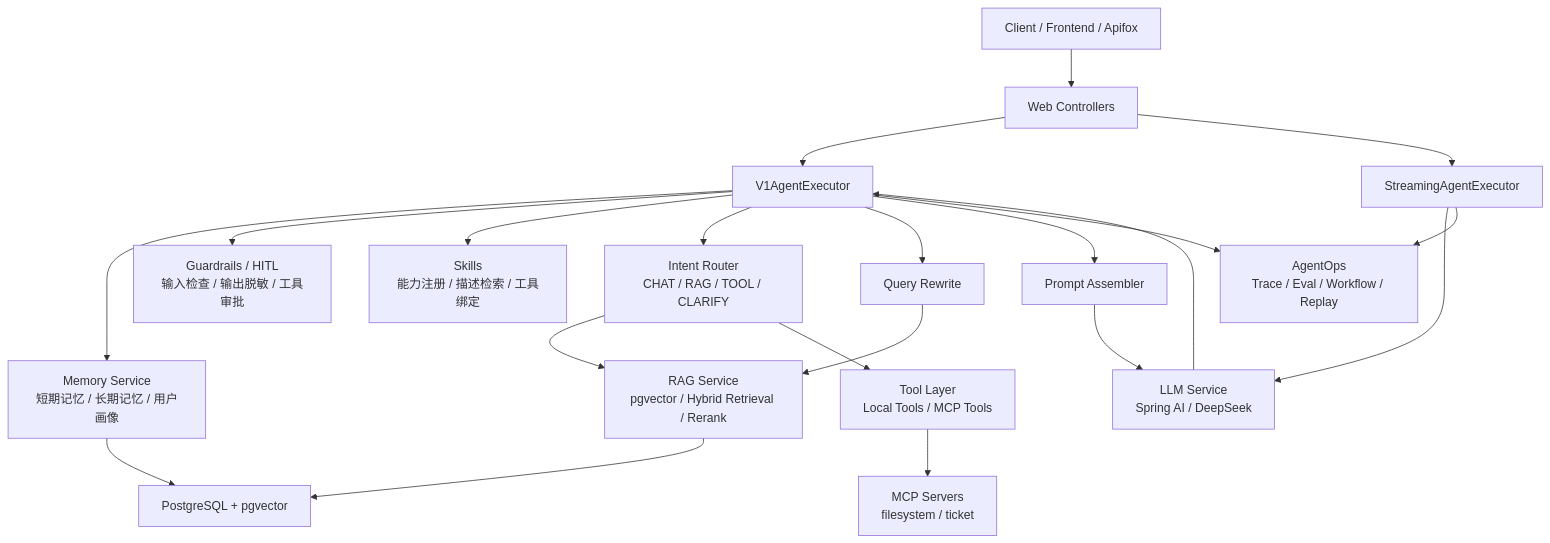
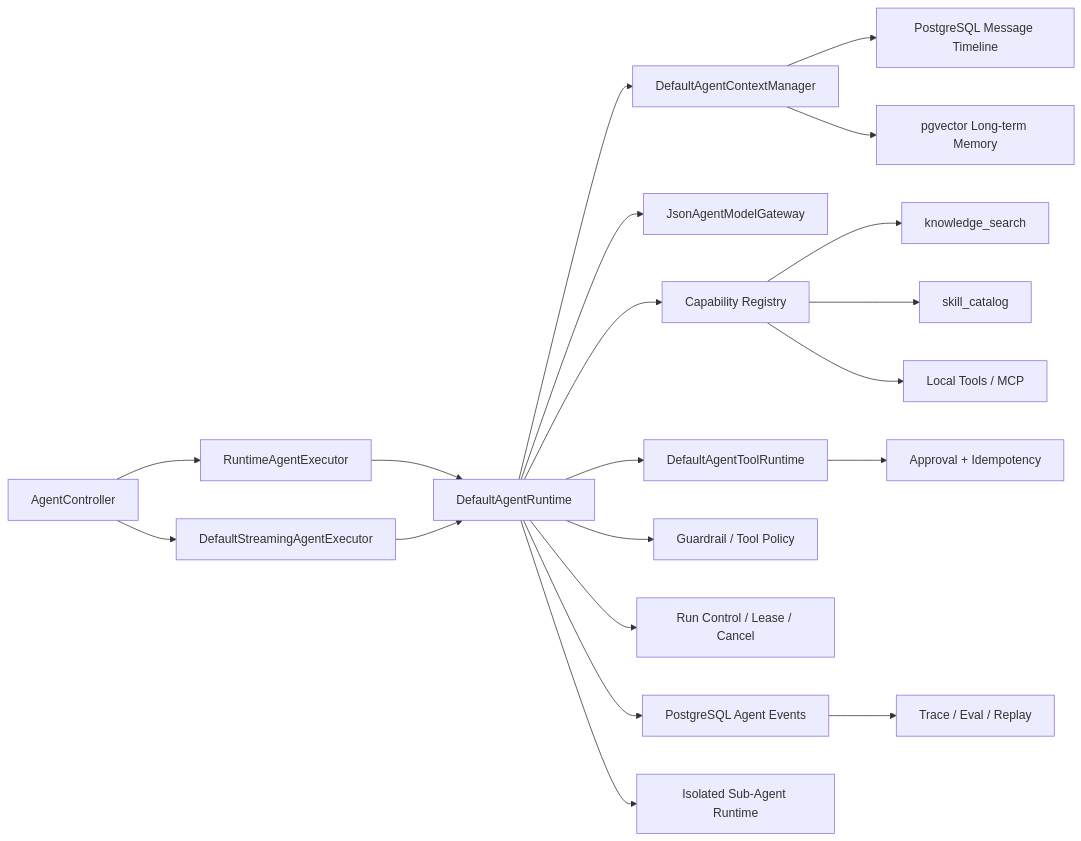
Before and after one commit to KunShengWang/enterprise-agent: the first of 2 diagrams in docs/architecture.md, drawn with Mermaid. The commit also changed other lines of this file and 30 other files, not shown here.

First line of the commit message:
重建项目文档体系：以统一 Agent Runtime 为唯一现行架构

````diff
--- a/docs/architecture.md
+++ b/docs/architecture.md
@@ -7,42 +5,25 @@
 ```mermaid
-flowchart TB
-    Client["Client / Frontend / Apifox"]
-    Controller["Web Controllers"]
-    Executor["V1AgentExecutor"]
-    StreamExecutor["StreamingAgentExecutor"]
+flowchart LR
+    HTTP["AgentController"] --> Sync["RuntimeAgentExecutor"]
+    HTTP --> SSE["DefaultStreamingAgentExecutor"]
+    Sync --> Runtime["DefaultAgentRuntime"]
+    SSE --> Runtime
 
-    Memory["Memory Service\n短期记忆 / 长期记忆 / 用户画像"]
-    Guardrail["Guardrails / HITL\n输入检查 / 输出脱敏 / 工具审批"]
-    Skill["Skills\n能力注册 / 描述检索 / 工具绑定"]
-    Router["Intent Router\nCHAT / RAG / TOOL / CLARIFY"]
-    QueryRewrite["Query Rewrite"]
-    Rag["RAG Service\npgvector / Hybrid Retrieval / Rerank"]
-    Tool["Tool Layer\nLocal Tools / MCP Tools"]
-    Prompt["Prompt Assembler"]
-    LLM["LLM Service\nSpring AI / DeepSeek"]
-    Ops["AgentOps\nTrace / Eval / Workflow / Replay"]
+    Runtime --> Context["DefaultAgentContextManager"]
+    Runtime --> Model["JsonAgentModelGateway"]
+    Runtime --> Cap["Capability Registry"]
+    Runtime --> ToolRuntime["DefaultAgentToolRuntime"]
+    Runtime --> Guard["Guardrail / Tool Policy"]
+    Runtime --> Control["Run Control / Lease / Cancel"]
 
-    Pg["PostgreSQL + pgvector"]
-    Mcp["MCP Servers\nfilesystem / ticket"]
+    Context --> Timeline["PostgreSQL Message Timeline"]
+    Context --> Memory["pgvector Long-term Memory"]
+    Cap --> RAG["knowledge_search"]
+    Cap --> Skill["skill_catalog"]
+    Cap --> Tools["Local Tools / MCP"]
+    ToolRuntime --> Approval["Approval + Idempotency"]
 
-    Client --> Controller
-    Controller --> Executor
-    Controller --> StreamExecutor
-    Executor --> Memory
-    Executor --> Guardrail
-    Executor --> Skill
-    Executor --> Router
-    Executor --> QueryRewrite
-    QueryRewrite --> Rag
-    Router --> Rag
-    Router --> Tool
-    Tool --> Mcp
-    Rag --> Pg
-    Memory --> Pg
-    Executor --> Prompt
-    Prompt --> LLM
-    LLM --> Executor
-    Executor --> Ops
-    StreamExecutor --> LLM
-    StreamExecutor --> Ops
+    Runtime --> Events["PostgreSQL Agent Events"]
+    Events --> Ops["Trace / Eval / Replay"]
+    Runtime --> Sub["Isolated Sub-Agent Runtime"]
 ```
````
